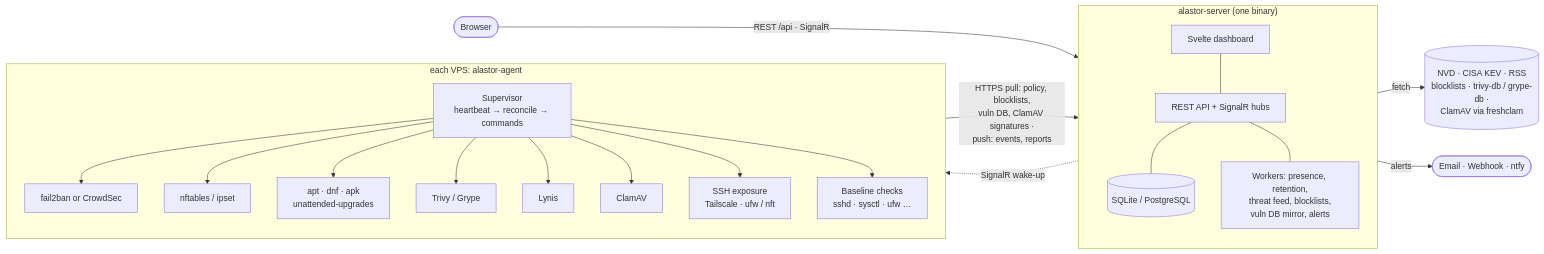
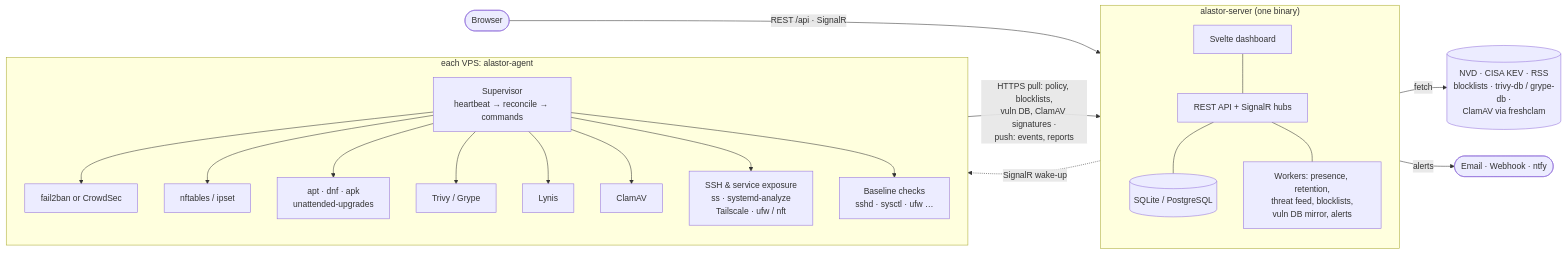
One commit to nor0x/Alastor changed the first of 3 diagrams in README.md. Above: the diagram before and after it, drawn with Mermaid. The commit also changed other lines of this file and 38 other files, not shown here.

````diff
--- a/README.md
+++ b/README.md
@@ -37,29 +39,29 @@
 ```mermaid
 flowchart LR
     browser([Browser]) -- "REST /api · SignalR" --> server
 
     subgraph server["alastor-server (one binary)"]
         direction TB
         spa[Svelte dashboard] --- api[REST API + SignalR hubs]
         api --- db[(SQLite / PostgreSQL)]
         api --- workers[Workers: presence, retention,<br/>threat feed, blocklists,<br/>vuln DB mirror, alerts]
     end
 
     subgraph host["each VPS: alastor-agent"]
         direction TB
         sup[Supervisor<br/>heartbeat → reconcile → commands]
         sup --> f2b[fail2ban or CrowdSec]
         sup --> nft[nftables / ipset]
         sup --> pkg[apt · dnf · apk<br/>unattended-upgrades]
         sup --> scan[Trivy / Grype]
         sup --> lynis[Lynis]
         sup --> clam[ClamAV]
-        sup --> net[SSH exposure<br/>Tailscale · ufw / nft]
+        sup --> net[SSH & service exposure<br/>ss · systemd-analyze<br/>Tailscale · ufw / nft]
         sup --> base[Baseline checks<br/>sshd · sysctl · ufw …]
     end
 
     host -- "HTTPS pull: policy, blocklists,<br/>vuln DB, ClamAV signatures ·<br/>push: events, reports" --> server
     server -. "SignalR wake-up" .-> host
     workers -- fetch --> internet[(NVD · CISA KEV · RSS<br/>blocklists · trivy-db / grype-db ·<br/>ClamAV via freshclam)]
     workers -- alerts --> channels([Email · Webhook · ntfy])
 ```
````
